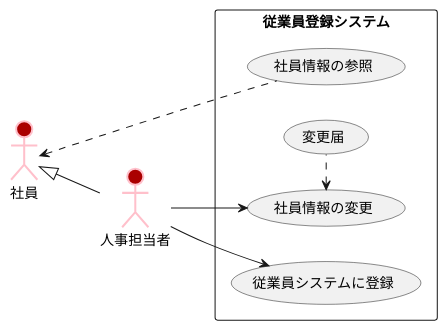
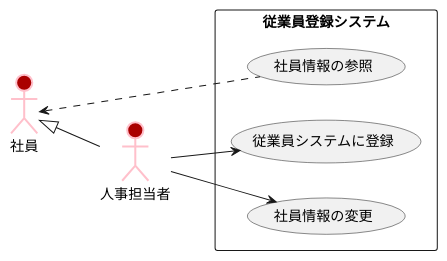
Before and after one commit to aikurusii/uml_introduction: the diagram in 演習2-6_盛岡システム_従業員登録システム.pu, drawn with PlantUML. The commit also changed 1 other file, not shown here.

```diff
--- a/演習2-6_盛岡システム_従業員登録システム.pu
+++ b/演習2-6_盛岡システム_従業員登録システム.pu
@@ -1,16 +1,15 @@
 @startuml 従業員システム
 left to right direction
  actor 人事担当者 #AA0000;line:Pink;line.bold;
  actor 社員 #AA0000;line:Pink;line.bold;
 rectangle 従業員登録システム{
     usecase 従業員システムに登録
     usecase 社員情報の参照
     usecase 社員情報の変更
-    usecase (変更届) as input
 } 
 人事担当者-->従業員システムに登録
 社員<.社員情報の参照
 社員<|-- 人事担当者
 人事担当者-->社員情報の変更
-社員情報の変更 <.input
+
 @enduml
```
